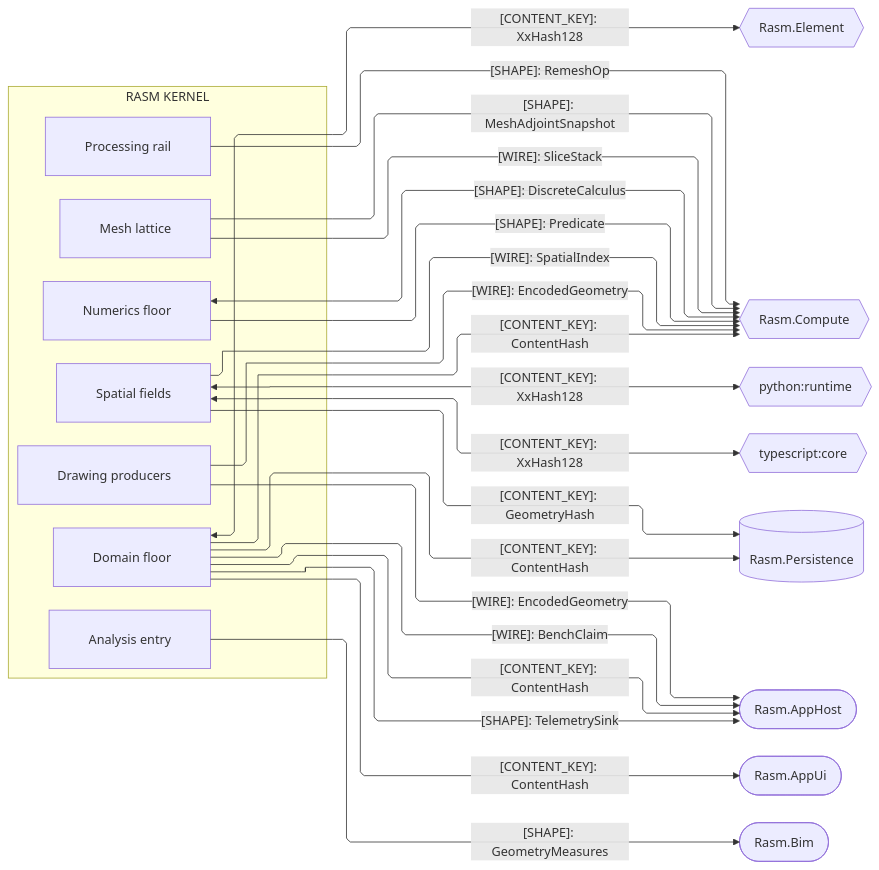
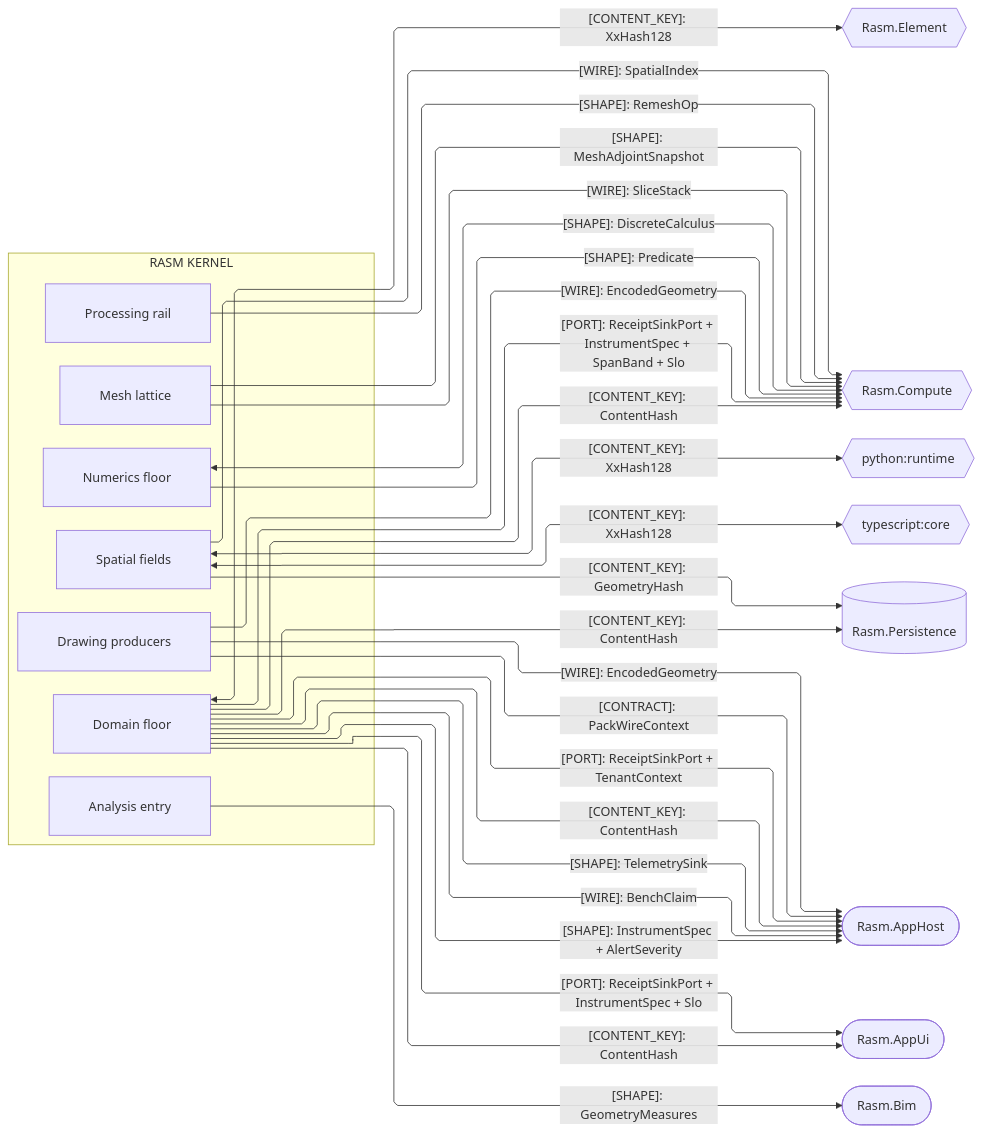
One commit to bsamiee/Rasm changed the second of 4 diagrams in libs/csharp/Rasm/ARCHITECTURE.md. Above: the diagram before and after it, drawn with Mermaid. The commit also changed other lines of this file and 249 other files, not shown here.

````diff
--- a/libs/csharp/Rasm/ARCHITECTURE.md
+++ b/libs/csharp/Rasm/ARCHITECTURE.md
@@ -146,48 +146,53 @@
 ```mermaid
 ---
 config:
   layout: elk
   flowchart:
     curve: linear
     padding: 25
 ---
 flowchart LR
     accTitle: Kernel content-key and compute-plane seams
-    accDescr: Kernel owners federating content keys and exchanging compute, measure, and signal shapes with same-branch and cross-runtime peers.
+    accDescr: Kernel owners federating content keys and handing compute, measure, and signal shapes, causal-frame ports, and encoded wires to same-branch and cross-runtime peers.
     subgraph rasm[RASM KERNEL]
         Domain[Domain floor]
         Numerics[Numerics floor]
         Spatial[Spatial fields]
         Meshing[Mesh lattice]
         Processing[Processing rail]
         Drawing[Drawing producers]
         Analysis[Analysis entry]
     end
     Element{{Rasm.Element}}
     Compute{{Rasm.Compute}}
     Runtime{{python:runtime}}
     Core{{typescript:core}}
     Persistence[(Rasm.Persistence)]
     AppHost([Rasm.AppHost])
     AppUi([Rasm.AppUi])
     Bim([Rasm.Bim])
     Domain e1@<-->|"[CONTENT_KEY]: XxHash128"| Element
     Domain e2@-->|"[CONTENT_KEY]: ContentHash"| Persistence
     Domain e3@-->|"[CONTENT_KEY]: ContentHash"| Compute
     Domain e4@-->|"[CONTENT_KEY]: ContentHash"| AppHost
     Domain e5@-->|"[CONTENT_KEY]: ContentHash"| AppUi
     Spatial e6@-->|"[CONTENT_KEY]: GeometryHash"| Persistence
     Spatial e7@<-->|"[CONTENT_KEY]: XxHash128"| Runtime
     Spatial e8@<-->|"[CONTENT_KEY]: XxHash128"| Core
     Numerics e9@<-->|"[SHAPE]: DiscreteCalculus"| Compute
     Numerics e16@-->|"[SHAPE]: Predicate"| Compute
     Meshing e10@-->|"[SHAPE]: MeshAdjointSnapshot"| Compute
     Meshing e11@-->|"[WIRE]: SliceStack"| Compute
     Spatial e12@-->|"[WIRE]: SpatialIndex"| Compute
     Processing e13@-->|"[SHAPE]: RemeshOp"| Compute
     Drawing e14@-->|"[WIRE]: EncodedGeometry"| Compute
     Drawing e15@-->|"[WIRE]: EncodedGeometry"| AppHost
+    Drawing e24@-->|"[CONTRACT]: PackWireContext"| AppHost
     Domain e17@-->|"[SHAPE]: TelemetrySink"| AppHost
     Domain e18@-->|"[WIRE]: BenchClaim"| AppHost
+    Domain e20@-->|"[SHAPE]: InstrumentSpec + AlertSeverity"| AppHost
+    Domain e21@-->|"[PORT]: ReceiptSinkPort + TenantContext"| AppHost
+    Domain e22@-->|"[PORT]: ReceiptSinkPort + InstrumentSpec + Slo"| AppUi
+    Domain e23@-->|"[PORT]: ReceiptSinkPort + InstrumentSpec + SpanBand + Slo"| Compute
     Analysis e19@-->|"[SHAPE]: GeometryMeasures"| Bim
 ```
````
